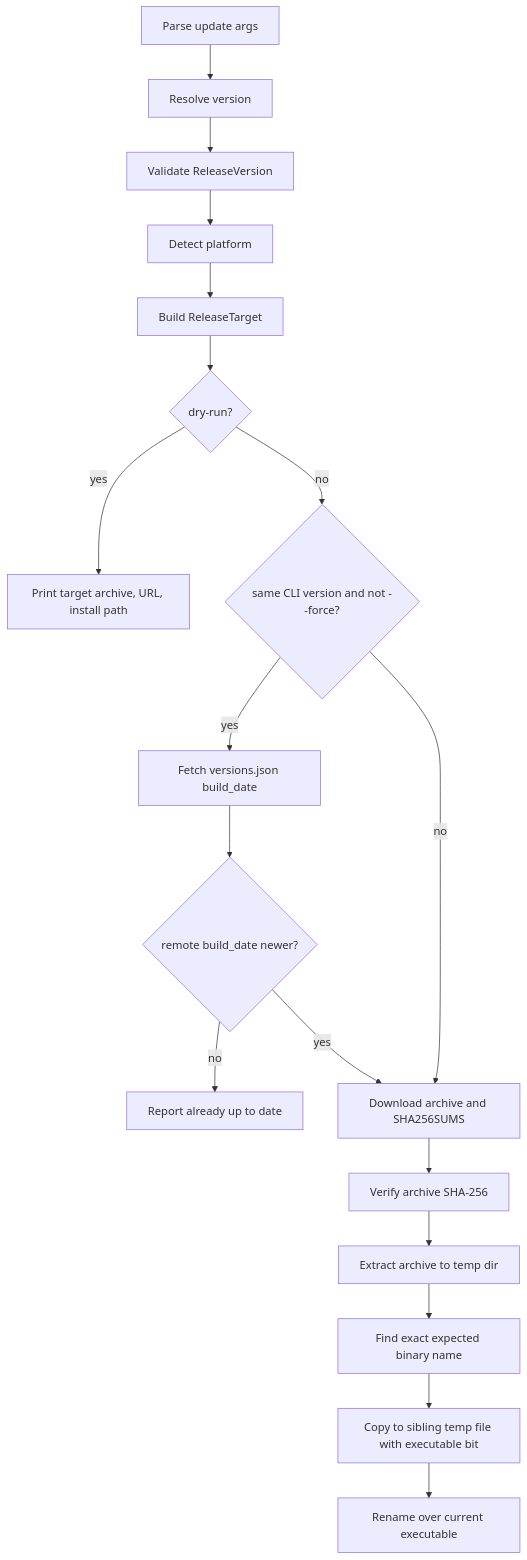
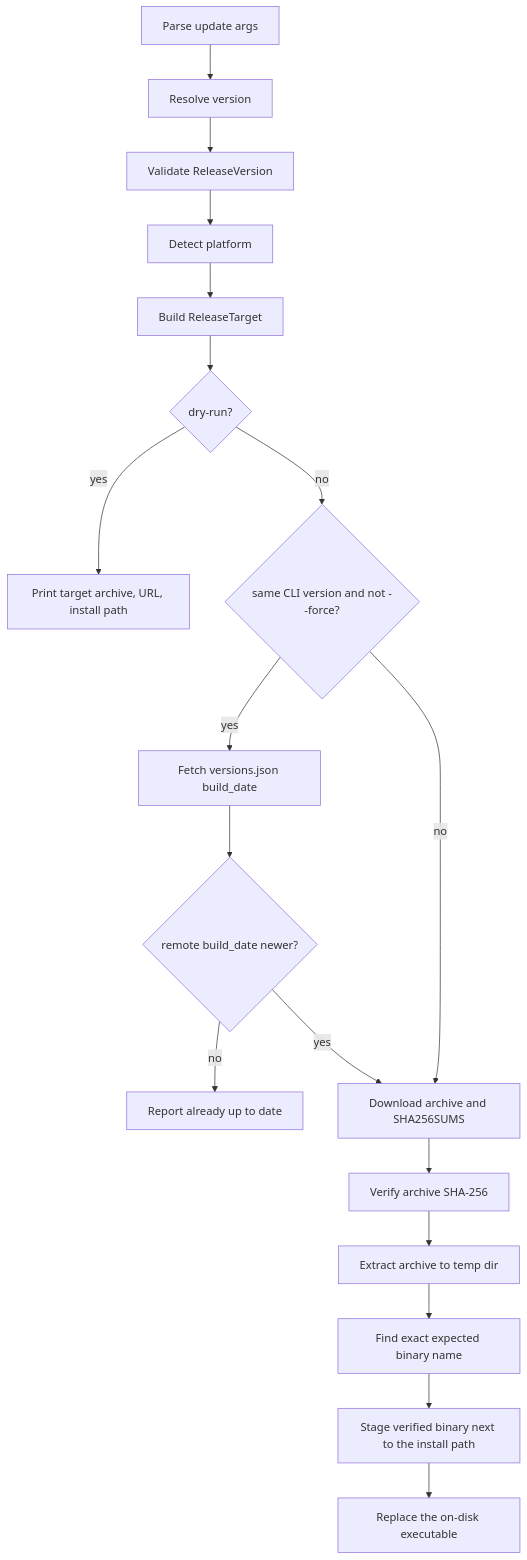
One commit to kalamdb/KalamDB changed the diagram in docs/architecture/release-downloads.md. Above: the diagram before and after it, drawn with Mermaid. The commit also changed other lines of this file and 55 other files, not shown here.

````diff
--- a/docs/architecture/release-downloads.md
+++ b/docs/architecture/release-downloads.md
@@ -134,20 +134,20 @@
 ```mermaid
 flowchart TD
     A["Parse update args"] --> B["Resolve version"]
     B --> C["Validate ReleaseVersion"]
     C --> D["Detect platform"]
     D --> E["Build ReleaseTarget"]
     E --> F{"dry-run?"}
     F -- yes --> G["Print target archive, URL, install path"]
     F -- no --> H{"same CLI version and not --force?"}
     H -- yes --> I["Fetch versions.json build_date"]
     I --> J{"remote build_date newer?"}
     J -- no --> K["Report already up to date"]
     J -- yes --> L["Download archive and SHA256SUMS"]
     H -- no --> L
     L --> M["Verify archive SHA-256"]
     M --> N["Extract archive to temp dir"]
     N --> O["Find exact expected binary name"]
-    O --> P["Copy to sibling temp file with executable bit"]
-    P --> Q["Rename over current executable"]
+    O --> P["Stage verified binary next to the install path"]
+    P --> Q["Replace the on-disk executable"]
 ```
````
